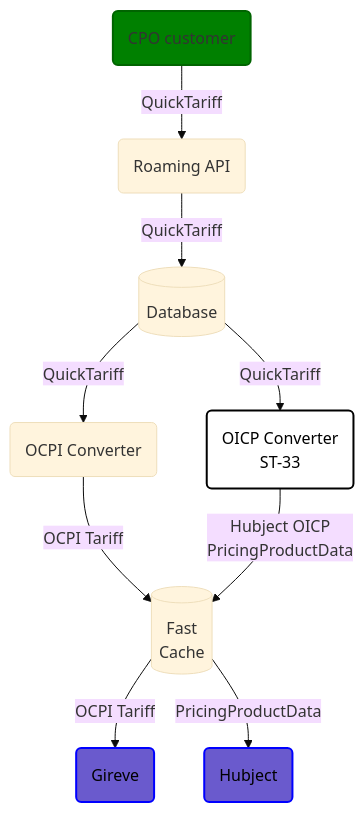
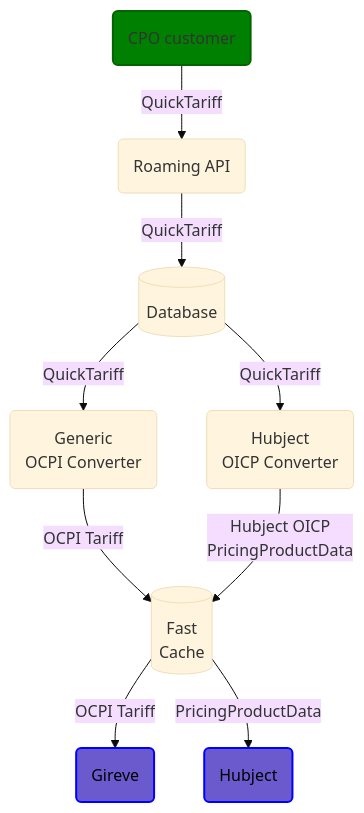
Before and after one commit to erkkiat/ocpi: the first of 4 diagrams in documentation/tariffs.md, drawn with Mermaid (base theme). The commit also changed other lines of this file, not shown here.

Commit message:
Updated the diagram about the goal architecture

````diff
--- a/documentation/tariffs.md
+++ b/documentation/tariffs.md
@@ -14,17 +14,16 @@
 ```mermaid
 graph TD
     CPO(CPO customer) -- QuickTariff --> API(Roaming API)
     API -- QuickTariff --> DB[(Database)]
-    DB -- QuickTariff --> F1(OCPI Converter)
-    DB -- QuickTariff --> F2(OICP Converter <br/> ST-33)
+    DB -- QuickTariff --> F1(Generic <br/> OCPI Converter)
+    DB -- QuickTariff --> F2(Hubject <br/> OICP Converter)
     F1 -- OCPI Tariff --> CACHE[(Fast <br/> Cache)]
     F2 -- Hubject OICP <br/> PricingProductData --> CACHE
     CACHE -- OCPI Tariff --> G(Gireve)
     CACHE -- PricingProductData --> H(Hubject)
-    
+
     style CPO fill:green,stroke:darkgreen,stroke-width:2px
     style G fill:slateblue,stroke:blue,stroke-width:2px,color:black
     style H fill:slateblue,stroke:blue,stroke-width:2px,color:black
-    style F2 fill:white,stroke:black,stroke-width:2px,color:black
 
 ```
````
